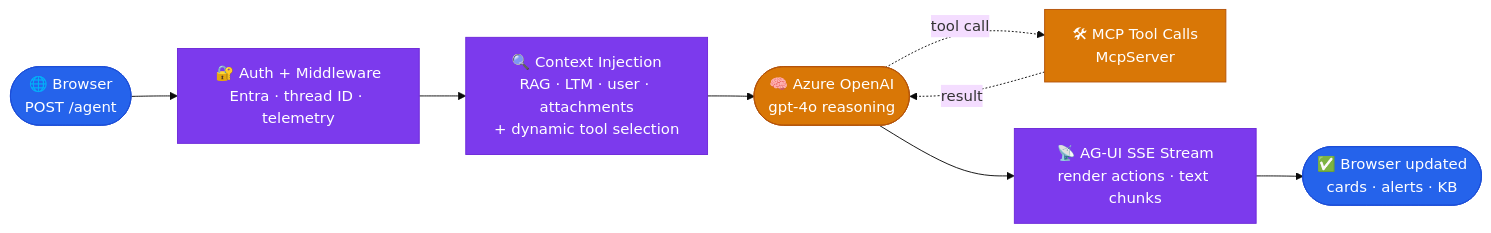
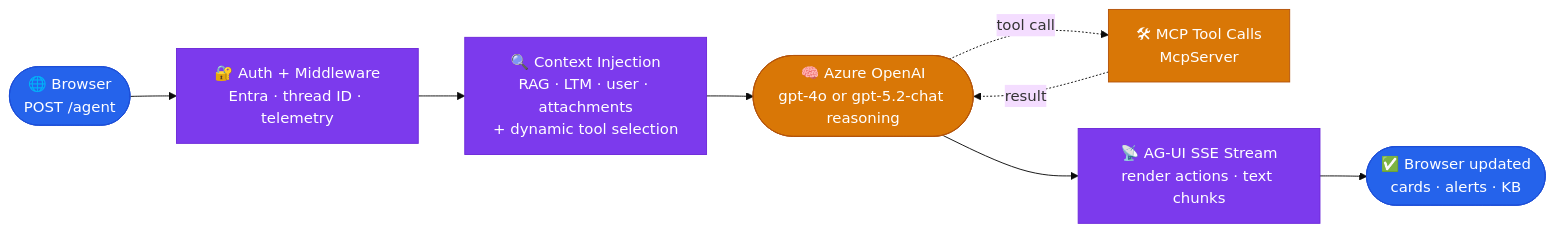
The second of 2 diagrams in src/HelpdeskAI.AgentHost/README.md (sreyanchoudhury/HelpdeskAI.CSharp), drawn with Mermaid (base theme) before and after one commit. The commit also changed other lines of this file and 11 other files, not shown here.

Commit message:
fix: stabilize route handoff flow and add regression cleanup docs

````diff
--- a/src/HelpdeskAI.AgentHost/README.md
+++ b/src/HelpdeskAI.AgentHost/README.md
@@ -327,23 +329,23 @@
 ```mermaid
 flowchart LR
     classDef browser fill:#2563eb,stroke:#1d4ed8,color:#fff
     classDef agent   fill:#7c3aed,stroke:#6d28d9,color:#fff
     classDef ai      fill:#d97706,stroke:#b45309,color:#fff
 
     S1(["🌐 Browser<br/>POST /agent"])
     S2["🔐 Auth + Middleware<br/>Entra · thread ID · telemetry"]
     S3["🔍 Context Injection<br/>RAG · LTM · user · attachments<br/>+ dynamic tool selection"]
-    S4(["🧠 Azure OpenAI<br/>gpt-4o reasoning"])
+    S4(["🧠 Azure OpenAI<br/>gpt-4o or gpt-5.2-chat reasoning"])
     S5["🛠 MCP Tool Calls<br/>McpServer"]
     S6["📡 AG-UI SSE Stream<br/>render actions · text chunks"]
     S7(["✅ Browser updated<br/>cards · alerts · KB"])
 
     S1 --> S2 --> S3 --> S4
     S4 -. tool call .-> S5
     S5 -. result .-> S4
     S4 --> S6 --> S7
 
     class S1,S7 browser
     class S2,S3,S6 agent
     class S4,S5 ai
 ```
````
